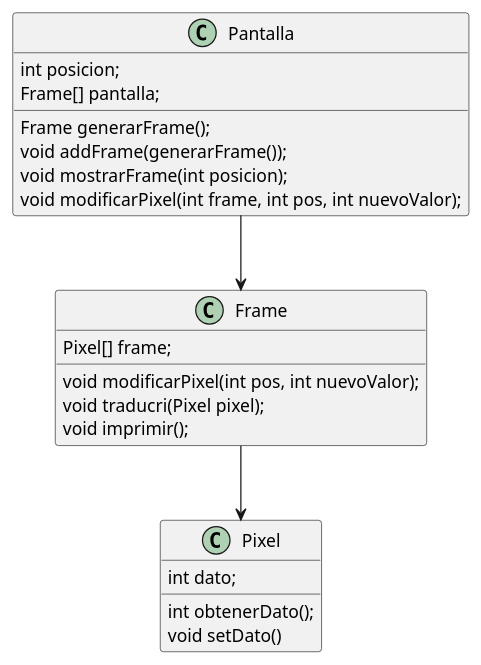
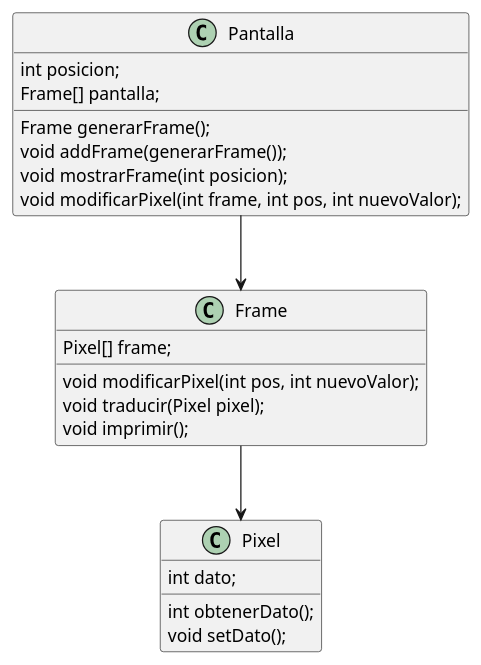
The diagram in entregas/celayaIker/Ejercicio1/diagrama.puml (mmasias/24-25-EDA2), drawn with PlantUML before and after one commit. The commit also changed 1 other file, not shown here.

```diff
--- a/entregas/celayaIker/Ejercicio1/diagrama.puml
+++ b/entregas/celayaIker/Ejercicio1/diagrama.puml
@@ -1,27 +1,27 @@
 @startuml
 
 class Pixel{
   int dato;
   int obtenerDato();
-  void setDato()
+  void setDato();
 }
 
 class Frame{
   Pixel[] frame;
   void modificarPixel(int pos, int nuevoValor);
-  void traducri(Pixel pixel);
+  void traducir(Pixel pixel);
   void imprimir();
 }
 
 class Pantalla{
   int posicion;
   Frame[] pantalla;
   Frame generarFrame();
   void addFrame(generarFrame());
   void mostrarFrame(int posicion);
   void modificarPixel(int frame, int pos, int nuevoValor);
 }
 
 Frame --> Pixel
 Pantalla --> Frame
 @enduml
```
